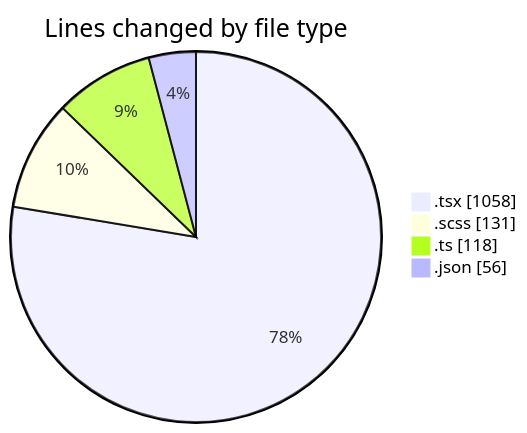
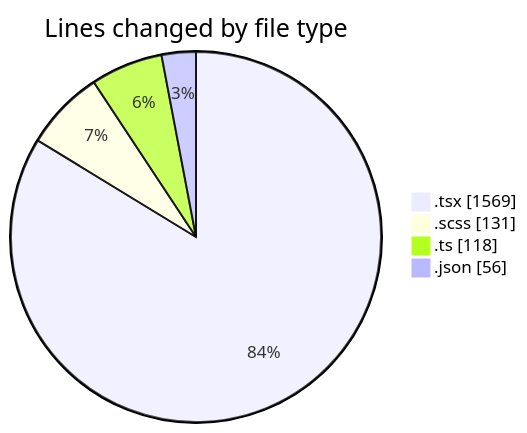
One commit to momahboobian/code-tracking changed the first of 2 diagrams in 2026-10-30/cda/README.md. Above: the diagram before and after it, drawn with Mermaid. The commit also changed other lines of this file and 1 other file, not shown here.

````diff
--- a/2026-10-30/cda/README.md
+++ b/2026-10-30/cda/README.md
@@ -34,8 +35,8 @@
 ```mermaid
 pie showData
 title Lines changed by file type
-".tsx" : 1058
+".tsx" : 1569
 ".scss" : 131
 ".ts" : 118
 ".json" : 56
 ```
````
